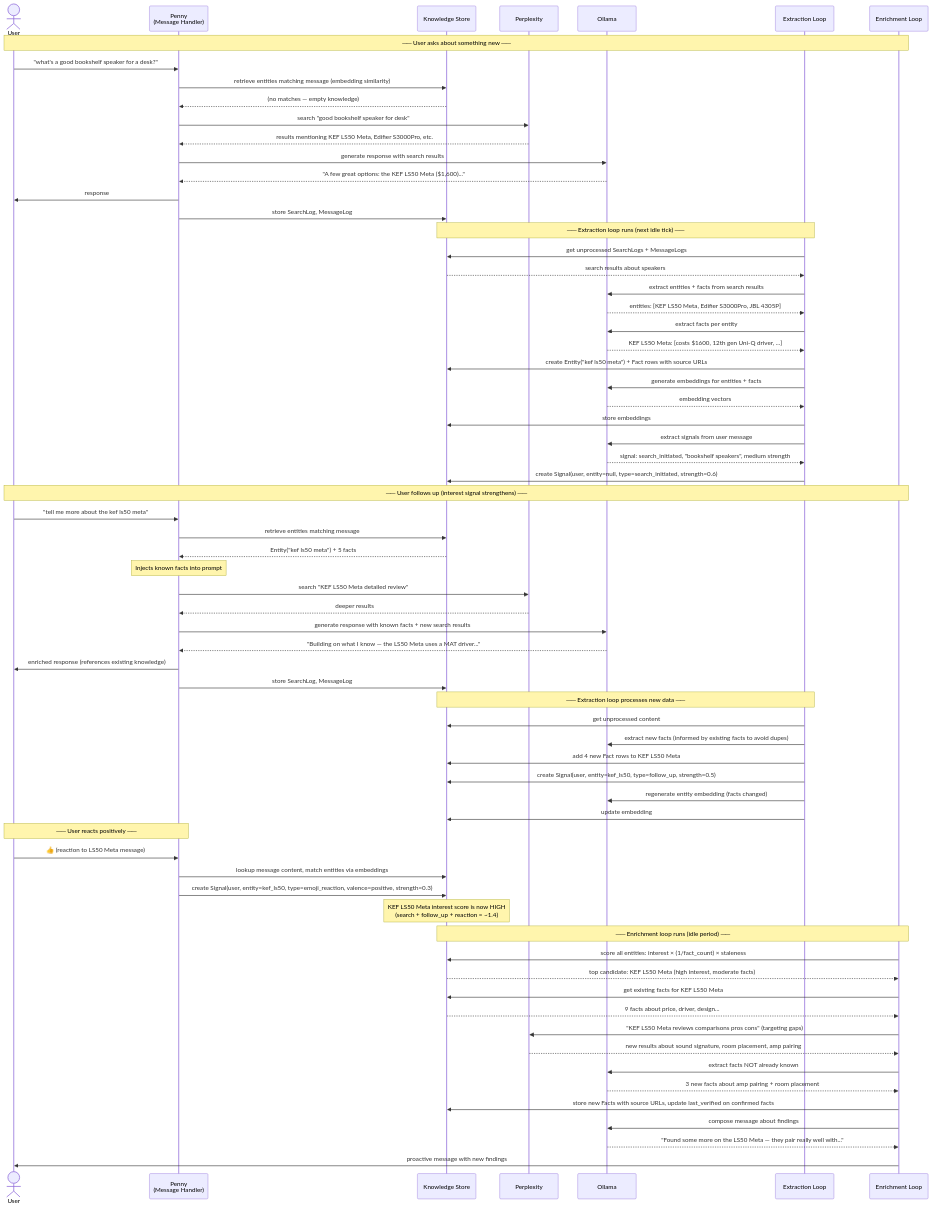
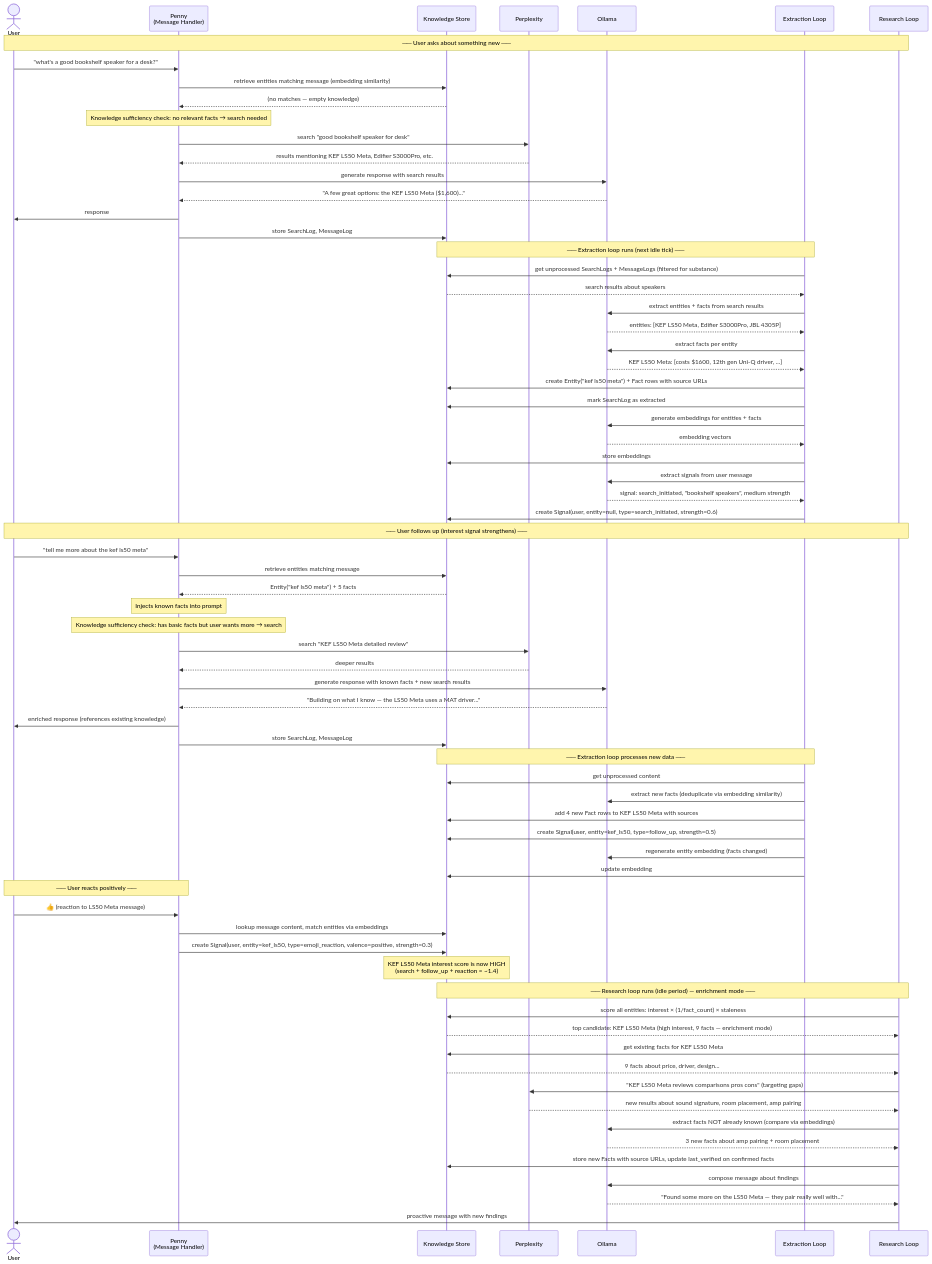
Before and after one commit to jaredlockhart/penny: the first of 6 diagrams in docs/knowledge-system-flows.md, drawn with Mermaid. The commit also changed other lines of this file and 1 other file, not shown here.

First line of the commit message:
docs: update knowledge system plan and flows for review findings

````diff
--- a/docs/knowledge-system-flows.md
+++ b/docs/knowledge-system-flows.md
@@ -12,13 +12,14 @@
     participant Search as Perplexity
     participant LLM as Ollama
     participant Extract as Extraction Loop
-    participant Enrich as Enrichment Loop
+    participant Research as Research Loop
 
-    Note over User,Enrich: ── User asks about something new ──
+    Note over User,Research: ── User asks about something new ──
 
     User->>Penny: "what's a good bookshelf speaker for a desk?"
     Penny->>DB: retrieve entities matching message (embedding similarity)
     DB-->>Penny: (no matches — empty knowledge)
+    Note over Penny: Knowledge sufficiency check: no relevant facts → search needed
     Penny->>Search: search "good bookshelf speaker for desk"
     Search-->>Penny: results mentioning KEF LS50 Meta, Edifier S3000Pro, etc.
     Penny->>LLM: generate response with search results
@@ -28,13 +29,14 @@
 
     Note over Extract,DB: ── Extraction loop runs (next idle tick) ──
 
-    Extract->>DB: get unprocessed SearchLogs + MessageLogs
+    Extract->>DB: get unprocessed SearchLogs + MessageLogs (filtered for substance)
     DB-->>Extract: search results about speakers
     Extract->>LLM: extract entities + facts from search results
     LLM-->>Extract: entities: [KEF LS50 Meta, Edifier S3000Pro, JBL 4305P]
     Extract->>LLM: extract facts per entity
     LLM-->>Extract: KEF LS50 Meta: [costs $1600, 12th gen Uni-Q driver, ...]
     Extract->>DB: create Entity("kef ls50 meta") + Fact rows with source URLs
+    Extract->>DB: mark SearchLog as extracted
     Extract->>LLM: generate embeddings for entities + facts
     LLM-->>Extract: embedding vectors
     Extract->>DB: store embeddings
@@ -42,12 +44,13 @@
     LLM-->>Extract: signal: search_initiated, "bookshelf speakers", medium strength
     Extract->>DB: create Signal(user, entity=null, type=search_initiated, strength=0.6)
 
-    Note over User,Enrich: ── User follows up (interest signal strengthens) ──
+    Note over User,Research: ── User follows up (interest signal strengthens) ──
 
     User->>Penny: "tell me more about the kef ls50 meta"
     Penny->>DB: retrieve entities matching message
     DB-->>Penny: Entity("kef ls50 meta") + 5 facts
     Note over Penny: Injects known facts into prompt
+    Note over Penny: Knowledge sufficiency check: has basic facts but user wants more → search
     Penny->>Search: search "KEF LS50 Meta detailed review"
     Search-->>Penny: deeper results
     Penny->>LLM: generate response with known facts + new search results
@@ -58,8 +61,8 @@
     Note over Extract,DB: ── Extraction loop processes new data ──
 
     Extract->>DB: get unprocessed content
-    Extract->>LLM: extract new facts (informed by existing facts to avoid dupes)
-    Extract->>DB: add 4 new Fact rows to KEF LS50 Meta
+    Extract->>LLM: extract new facts (deduplicate via embedding similarity)
+    Extract->>DB: add 4 new Fact rows to KEF LS50 Meta with sources
     Extract->>DB: create Signal(user, entity=kef_ls50, type=follow_up, strength=0.5)
     Extract->>LLM: regenerate entity embedding (facts changed)
     Extract->>DB: update embedding
@@ -72,18 +75,18 @@
 
     Note over DB: KEF LS50 Meta interest score is now HIGH<br/>(search + follow_up + reaction = ~1.4)
 
-    Note over Enrich,DB: ── Enrichment loop runs (idle period) ──
+    Note over Research,DB: ── Research loop runs (idle period) — enrichment mode ──
 
-    Enrich->>DB: score all entities: interest × (1/fact_count) × staleness
-    DB-->>Enrich: top candidate: KEF LS50 Meta (high interest, moderate facts)
-    Enrich->>DB: get existing facts for KEF LS50 Meta
-    DB-->>Enrich: 9 facts about price, driver, design...
-    Enrich->>Search: "KEF LS50 Meta reviews comparisons pros cons" (targeting gaps)
-    Search-->>Enrich: new results about sound signature, room placement, amp pairing
-    Enrich->>LLM: extract facts NOT already known
-    LLM-->>Enrich: 3 new facts about amp pairing + room placement
-    Enrich->>DB: store new Facts with source URLs, update last_verified on confirmed facts
-    Enrich->>LLM: compose message about findings
-    LLM-->>Enrich: "Found some more on the LS50 Meta — they pair really well with..."
-    Enrich->>User: proactive message with new findings
+    Research->>DB: score all entities: interest × (1/fact_count) × staleness
+    DB-->>Research: top candidate: KEF LS50 Meta (high interest, 9 facts — enrichment mode)
+    Research->>DB: get existing facts for KEF LS50 Meta
+    DB-->>Research: 9 facts about price, driver, design...
+    Research->>Search: "KEF LS50 Meta reviews comparisons pros cons" (targeting gaps)
+    Search-->>Research: new results about sound signature, room placement, amp pairing
+    Research->>LLM: extract facts NOT already known (compare via embeddings)
+    LLM-->>Research: 3 new facts about amp pairing + room placement
+    Research->>DB: store new Facts with source URLs, update last_verified on confirmed facts
+    Research->>LLM: compose message about findings
+    LLM-->>Research: "Found some more on the LS50 Meta — they pair really well with..."
+    Research->>User: proactive message with new findings
 ```
````
